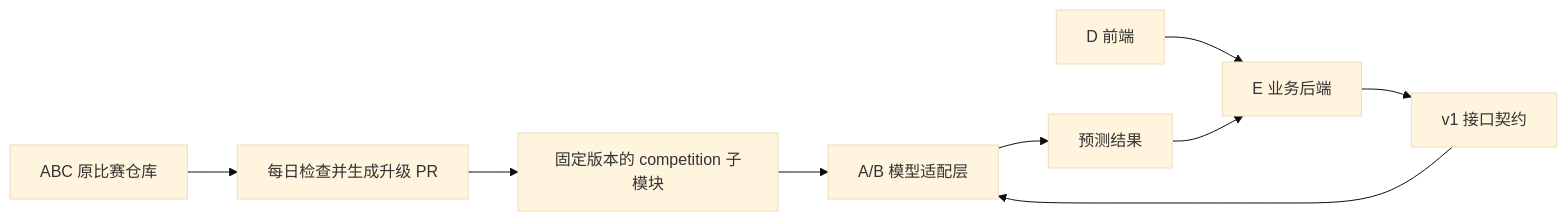
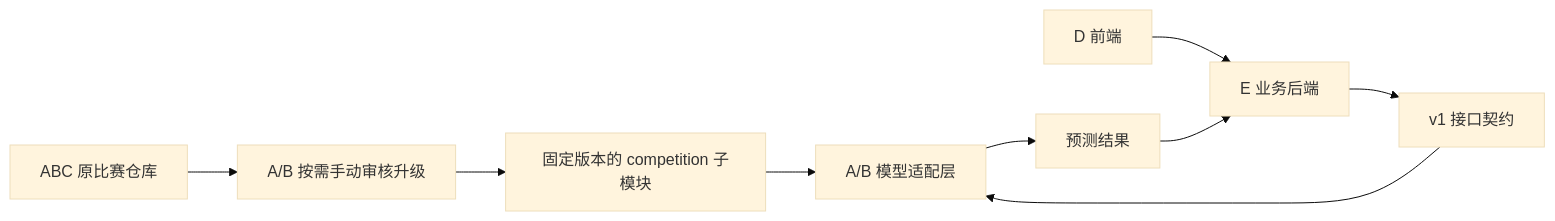
One commit to Regulus-Blac/highlight-studio changed the first of 2 diagrams in docs/architecture.md. Above: the diagram before and after it, drawn with Mermaid (base theme). The commit also changed other lines of this file and 3 other files, not shown here.

````diff
--- a/docs/architecture.md
+++ b/docs/architecture.md
@@ -15,11 +15,11 @@
 ```mermaid
 flowchart LR
-    ABC[ABC 原比赛仓库] --> PR[每日检查并生成升级 PR]
+    ABC[ABC 原比赛仓库] --> PR[A/B 按需手动审核升级]
     PR --> V[固定版本的 competition 子模块]
     V --> M[A/B 模型适配层]
     F[D 前端] --> B[E 业务后端]
     B --> C[v1 接口契约]
     C --> M
     M --> R[预测结果]
     R --> B
 ```
````
